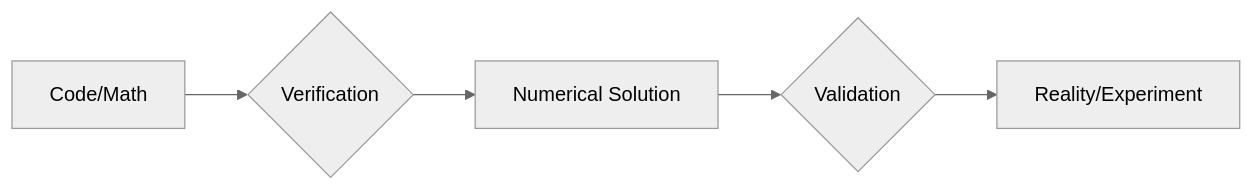
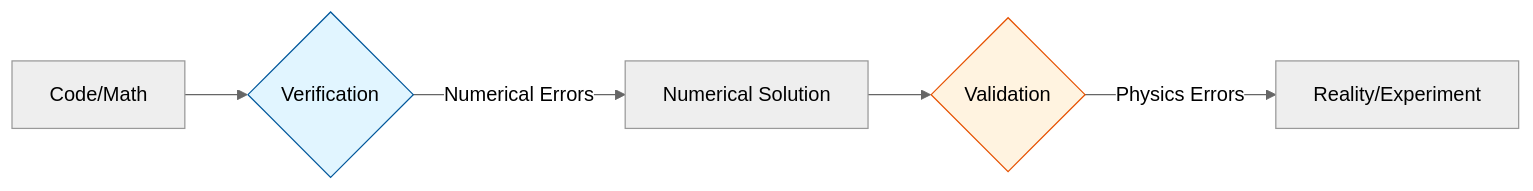
One commit to wramet/build-my-cfd changed the first of 3 diagrams in MODULE_03_SINGLE_PHASE_FLOW/CONTENT/06_VALIDATION_AND_VERIFICATION/00_Overview.md. Above: the diagram before and after it, drawn with Mermaid (neutral theme). The commit also changed other lines of this file and 54 other files, not shown here.

````diff
--- a/MODULE_03_SINGLE_PHASE_FLOW/CONTENT/06_VALIDATION_AND_VERIFICATION/00_Overview.md
+++ b/MODULE_03_SINGLE_PHASE_FLOW/CONTENT/06_VALIDATION_AND_VERIFICATION/00_Overview.md
@@ -24,7 +67,10 @@
 ```mermaid
 flowchart LR
     A[Code/Math] --> B{Verification}
-    B --> C[Numerical Solution]
+    B -->|Numerical Errors| C[Numerical Solution]
     C --> D{Validation}
-    D --> E[Reality/Experiment]
+    D -->|Physics Errors| E[Reality/Experiment]
+    
+    style B fill:#e1f5ff,stroke:#01579b
+    style D fill:#fff3e0,stroke:#e65100
 ```
````
